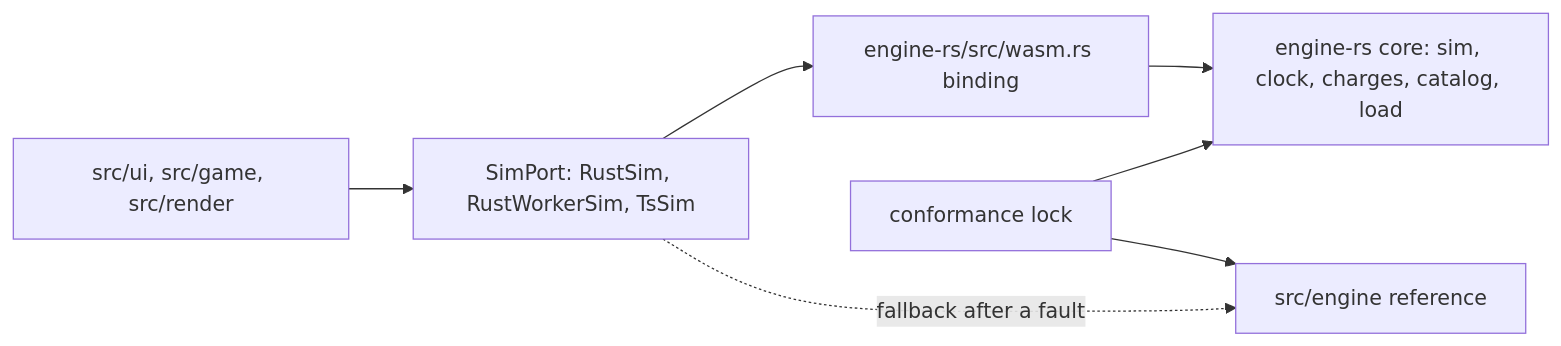
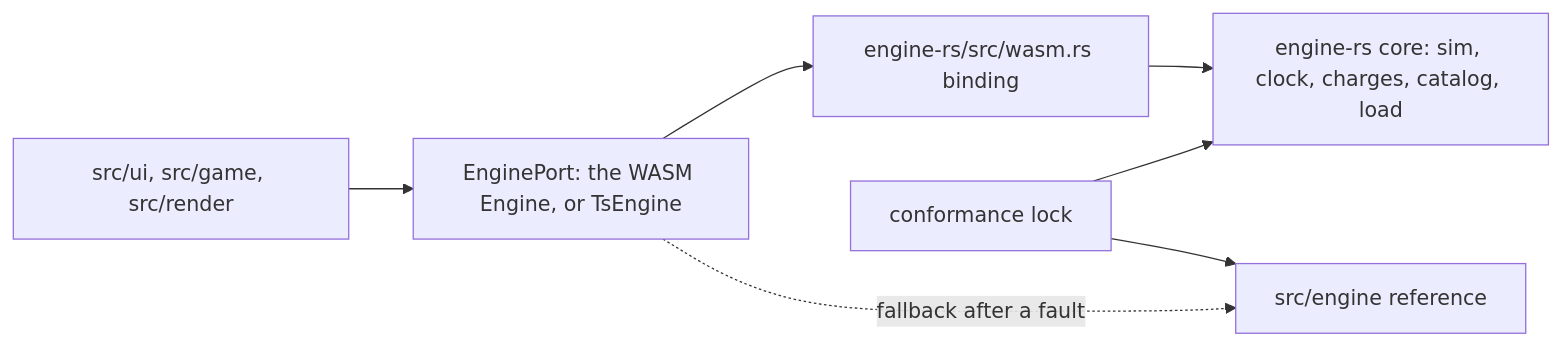
Before and after one commit to maniator/verticopolis: the diagram in _bmad-output/planning-artifacts/architecture/architecture-rust-wasm-cutover-2026-10-13/ARCHITECTURE-SPINE.md, drawn with Mermaid. The commit also changed other lines of this file and 1 other file, not shown here.

First line of the commit message:
docs(architecture): the engine is the port, in ARCHITECTURE.md and AD-9 (#1217)

````diff
--- a/_bmad-output/planning-artifacts/architecture/architecture-rust-wasm-cutover-2026-10-13/ARCHITECTURE-SPINE.md
+++ b/_bmad-output/planning-artifacts/architecture/architecture-rust-wasm-cutover-2026-10-13/ARCHITECTURE-SPINE.md
@@ -35,9 +37,9 @@
 ```mermaid
 flowchart LR
-  UI[src/ui, src/game, src/render] --> Port[SimPort: RustSim, RustWorkerSim, TsSim]
+  UI[src/ui, src/game, src/render] --> Port[EnginePort: the WASM Engine, or TsEngine]
   Port --> Bind[engine-rs/src/wasm.rs binding]
   Bind --> Core[engine-rs core: sim, clock, charges, catalog, load]
   Port -. fallback after a fault .-> TS[src/engine reference]
   Lock[conformance lock] --> Core
   Lock --> TS
 ```
````
